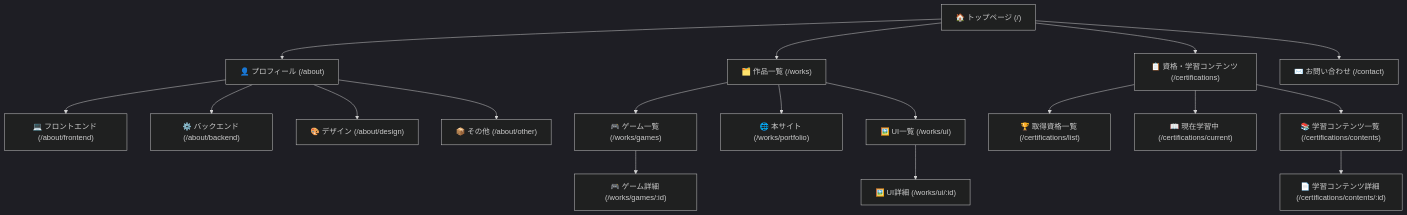
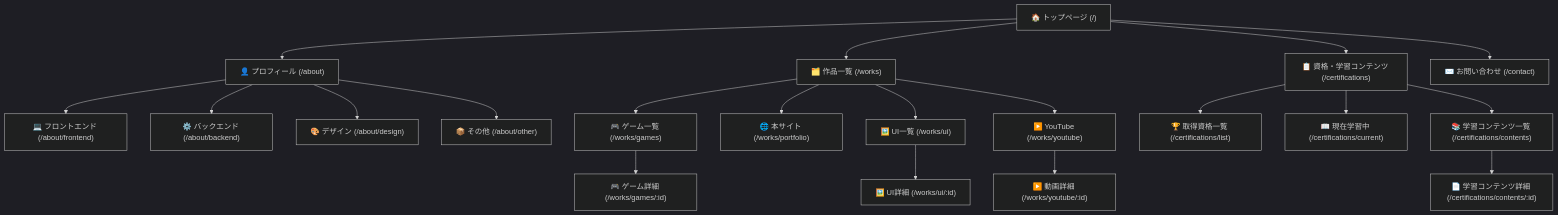
The first of 3 diagrams in 01_DOCS/02_サイト構成/画面遷移図.md (kuroHigasi/site-plan-private), drawn with Mermaid (dark theme) before and after one commit. The commit also changed 30 other files, not shown here.

````diff
--- a/01_DOCS/02_サイト構成/画面遷移図.md
+++ b/01_DOCS/02_サイト構成/画面遷移図.md
@@ -9,43 +9,47 @@
 ```mermaid
 flowchart TD
     TOP["🏠 トップページ (/)"]
     ABOUT["👤 プロフィール (/about)"]
     ABOUT_FE["💻 フロントエンド (/about/frontend)"]
     ABOUT_BE["⚙️ バックエンド (/about/backend)"]
     ABOUT_DESIGN["🎨 デザイン (/about/design)"]
     ABOUT_OTHER["📦 その他 (/about/other)"]
     WORKS["🗂️ 作品一覧 (/works)"]
     GAMES["🎮 ゲーム一覧 (/works/games)"]
     GAME_DETAIL["🎮 ゲーム詳細 (/works/games/:id)"]
     PORTFOLIO["🌐 本サイト (/works/portfolio)"]
     UI["🖼️ UI一覧 (/works/ui)"]
     UI_DETAIL["🖼️ UI詳細 (/works/ui/:id)"]
+    YOUTUBE["▶️ YouTube (/works/youtube)"]
+    YOUTUBE_DETAIL["▶️ 動画詳細 (/works/youtube/:id)"]
     CERT["📋 資格・学習コンテンツ (/certifications)"]
     CERT_LIST["🏆 取得資格一覧 (/certifications/list)"]
     CERT_CURRENT["📖 現在学習中 (/certifications/current)"]
     CERT_CONTENTS["📚 学習コンテンツ一覧 (/certifications/contents)"]
     CERT_DETAIL["📄 学習コンテンツ詳細 (/certifications/contents/:id)"]
     CONTACT["✉️ お問い合わせ (/contact)"]
 
     TOP --> ABOUT
     TOP --> WORKS
     TOP --> CERT
     TOP --> CONTACT
 
     ABOUT --> ABOUT_FE
     ABOUT --> ABOUT_BE
     ABOUT --> ABOUT_DESIGN
     ABOUT --> ABOUT_OTHER
 
     WORKS --> GAMES
     WORKS --> PORTFOLIO
     WORKS --> UI
+    WORKS --> YOUTUBE
 
     GAMES --> GAME_DETAIL
     UI --> UI_DETAIL
+    YOUTUBE --> YOUTUBE_DETAIL
 
     CERT --> CERT_LIST
     CERT --> CERT_CURRENT
     CERT --> CERT_CONTENTS
     CERT_CONTENTS --> CERT_DETAIL
 ```
````
